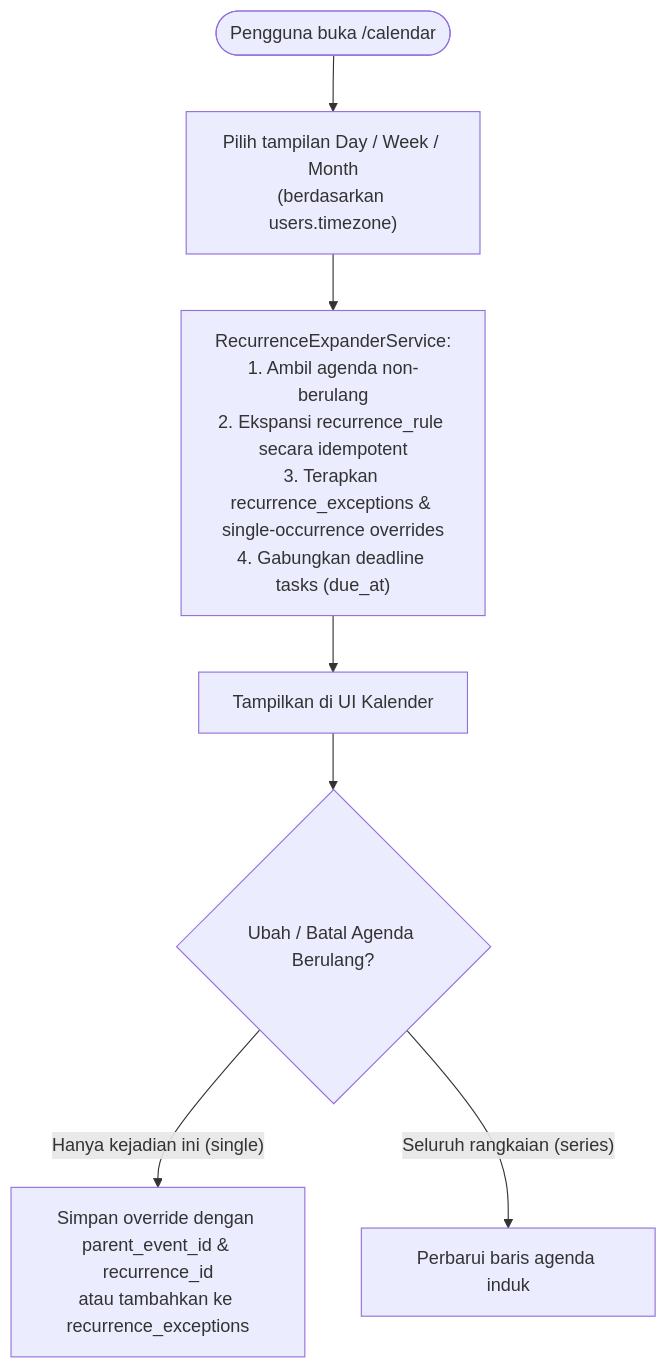
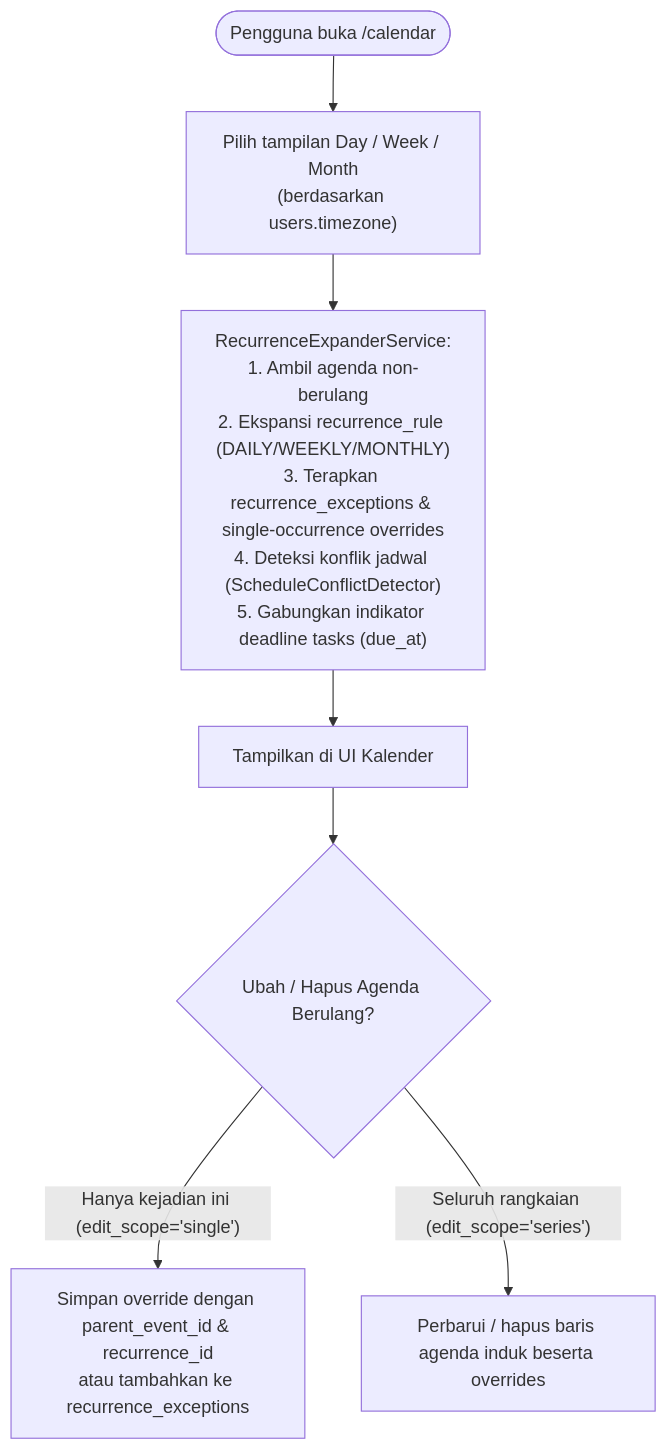
One commit to fardhanfahrezy/managjeh_react changed the third of 6 diagrams in docs/USER_FLOW.md. Above: the diagram before and after it, drawn with Mermaid. The commit also changed other lines of this file and 2 other files, not shown here.

Commit message:
docs(product): update PRD phase history, business rules, and user flow diagrams

````diff
--- a/docs/USER_FLOW.md
+++ b/docs/USER_FLOW.md
@@ -41,10 +41,10 @@
 ```mermaid
 flowchart TD
     OpenCal(["Pengguna buka /calendar"]) --> SelectView["Pilih tampilan Day / Week / Month\n(berdasarkan users.timezone)"]
-    SelectView --> ExpandEvents["RecurrenceExpanderService:\n1. Ambil agenda non-berulang\n2. Ekspansi recurrence_rule secara idempotent\n3. Terapkan recurrence_exceptions & single-occurrence overrides\n4. Gabungkan deadline tasks (due_at)"]
+    SelectView --> ExpandEvents["RecurrenceExpanderService:\n1. Ambil agenda non-berulang\n2. Ekspansi recurrence_rule (DAILY/WEEKLY/MONTHLY)\n3. Terapkan recurrence_exceptions & single-occurrence overrides\n4. Deteksi konflik jadwal (ScheduleConflictDetector)\n5. Gabungkan indikator deadline tasks (due_at)"]
     ExpandEvents --> RenderCal["Tampilkan di UI Kalender"]
 
-    RenderCal --> EditRecurring{"Ubah / Batal Agenda Berulang?"}
-    EditRecurring -->|"Hanya kejadian ini (single)"| CreateOverride["Simpan override dengan parent_event_id & recurrence_id\natau tambahkan ke recurrence_exceptions"]
-    EditRecurring -->|"Seluruh rangkaian (series)"| UpdateMaster["Perbarui baris agenda induk"]
+    RenderCal --> EditRecurring{"Ubah / Hapus Agenda Berulang?"}
+    EditRecurring -->|"Hanya kejadian ini (edit_scope='single')"| CreateOverride["Simpan override dengan parent_event_id & recurrence_id\natau tambahkan ke recurrence_exceptions"]
+    EditRecurring -->|"Seluruh rangkaian (edit_scope='series')"| UpdateMaster["Perbarui / hapus baris agenda induk beserta overrides"]
 ```
````
